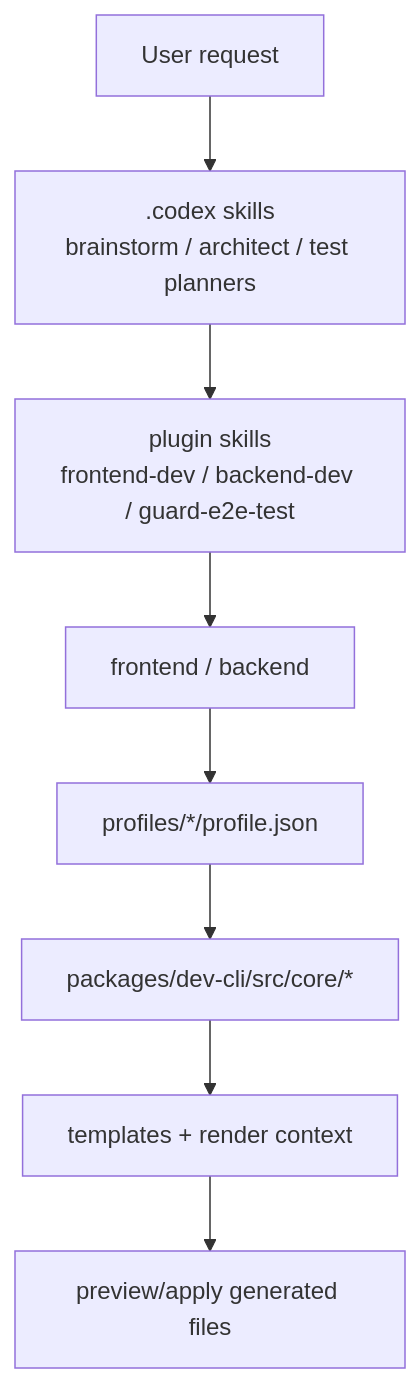
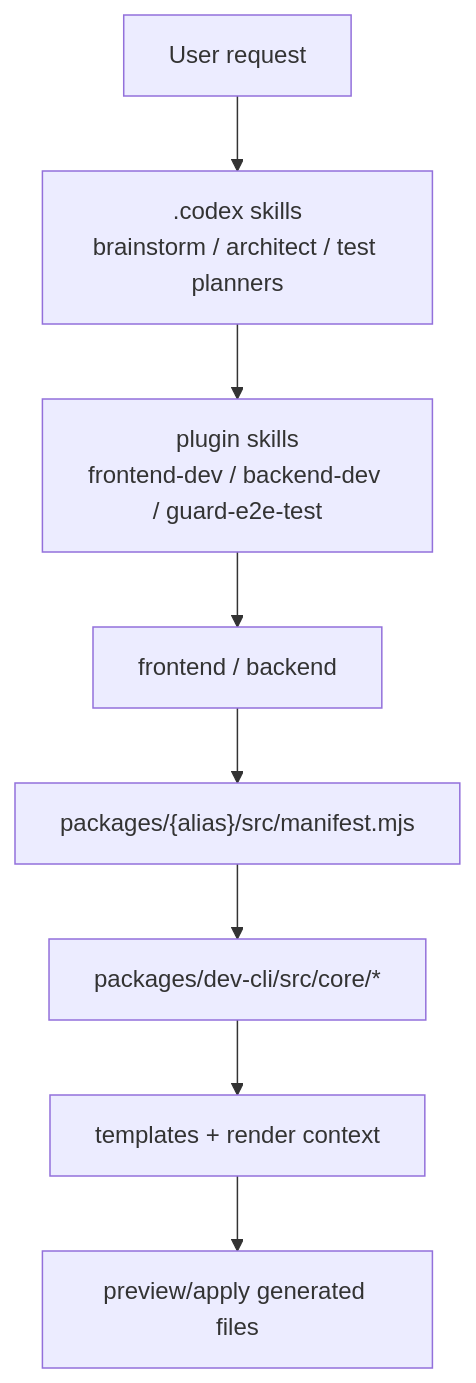
One commit to SeoJaeWan/try-claude-code changed the ninth of 14 diagrams in docs/claude-code-workflow-evolution.md. Above: the diagram before and after it, drawn with Mermaid. The commit also changed other lines of this file and 4 other files, not shown here.

First line of the commit message:
docs(dev-cli): remove legacy profile vocabulary from docs and tests (Phase 3)

````diff
--- a/docs/claude-code-workflow-evolution.md
+++ b/docs/claude-code-workflow-evolution.md
@@ -447,19 +447,19 @@
 ```mermaid
 flowchart TD
     U["User request"]
     PLAN[".codex skills<br/>brainstorm / architect / test planners"]
     PSK["plugin skills<br/>frontend-dev / backend-dev / guard-e2e-test"]
     CLI["frontend / backend"]
-    PROFILE["profiles/*/profile.json"]
+    MANIFEST["packages/{alias}/src/manifest.mjs"]
     CORE["packages/dev-cli/src/core/*"]
     TEMPLATE["templates + render context"]
     OUT["preview/apply generated files"]
 
     U --> PLAN
     PLAN --> PSK
     PSK --> CLI
-    CLI --> PROFILE
-    PROFILE --> CORE
+    CLI --> MANIFEST
+    MANIFEST --> CORE
     CORE --> TEMPLATE
     TEMPLATE --> OUT
 ```
````
